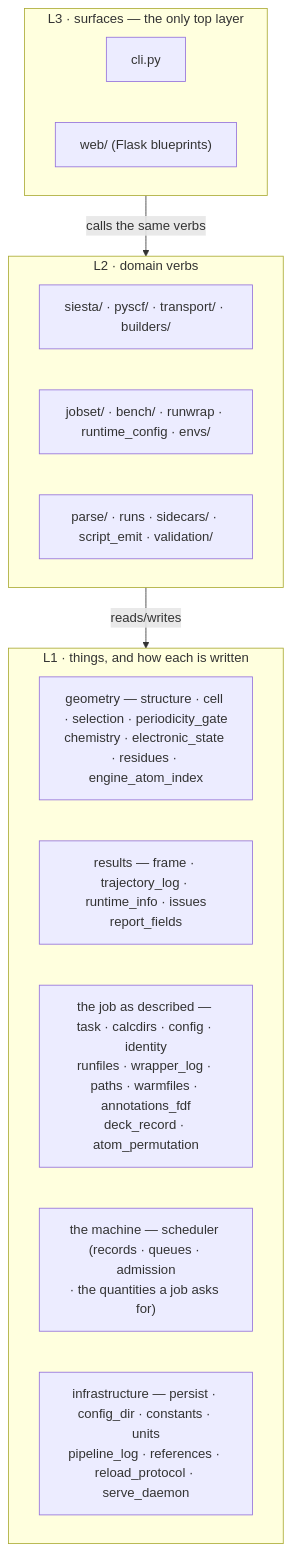
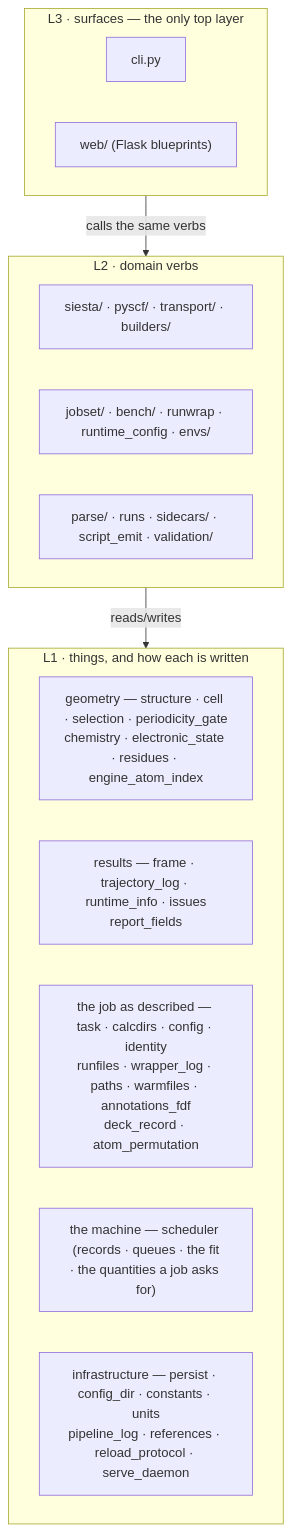
One commit to Qing-LAB/molbuilder changed the diagram in docs/architecture.md. Above: the diagram before and after it, drawn with Mermaid. The commit also changed other lines of this file and 66 other files, not shown here.

````diff
--- a/docs/architecture.md
+++ b/docs/architecture.md
@@ -101,21 +101,21 @@
 ```mermaid
 flowchart TB
   subgraph L3["L3 · surfaces — the only top layer"]
     CLI["cli.py"]
     WEB["web/ (Flask blueprints)"]
   end
   subgraph L2["L2 · domain verbs"]
     ENG["siesta/ · pyscf/ · transport/ · builders/"]
     EXE["jobset/ · bench/ · runwrap · runtime_config · envs/"]
     RW["parse/ · runs · sidecars/ · script_emit · validation/"]
   end
   subgraph L1["L1 · things, and how each is written"]
     GEO["geometry — structure · cell · selection · periodicity_gate<br/>chemistry · electronic_state · residues · engine_atom_index"]
     RES["results — frame · trajectory_log · runtime_info · issues<br/>report_fields"]
     JOB["the job as described — task · calcdirs · config · identity<br/>runfiles · wrapper_log · paths · warmfiles · annotations_fdf<br/>deck_record · atom_permutation"]
-    MACH["the machine — scheduler (records · queues · admission<br/>· the quantities a job asks for)"]
+    MACH["the machine — scheduler (records · queues · the fit<br/>· the quantities a job asks for)"]
     INF["infrastructure — persist · config_dir · constants · units<br/>pipeline_log · references · reload_protocol · serve_daemon"]
   end
   L3 -->|calls the same verbs| L2
   L2 -->|reads/writes| L1
 ```
````
